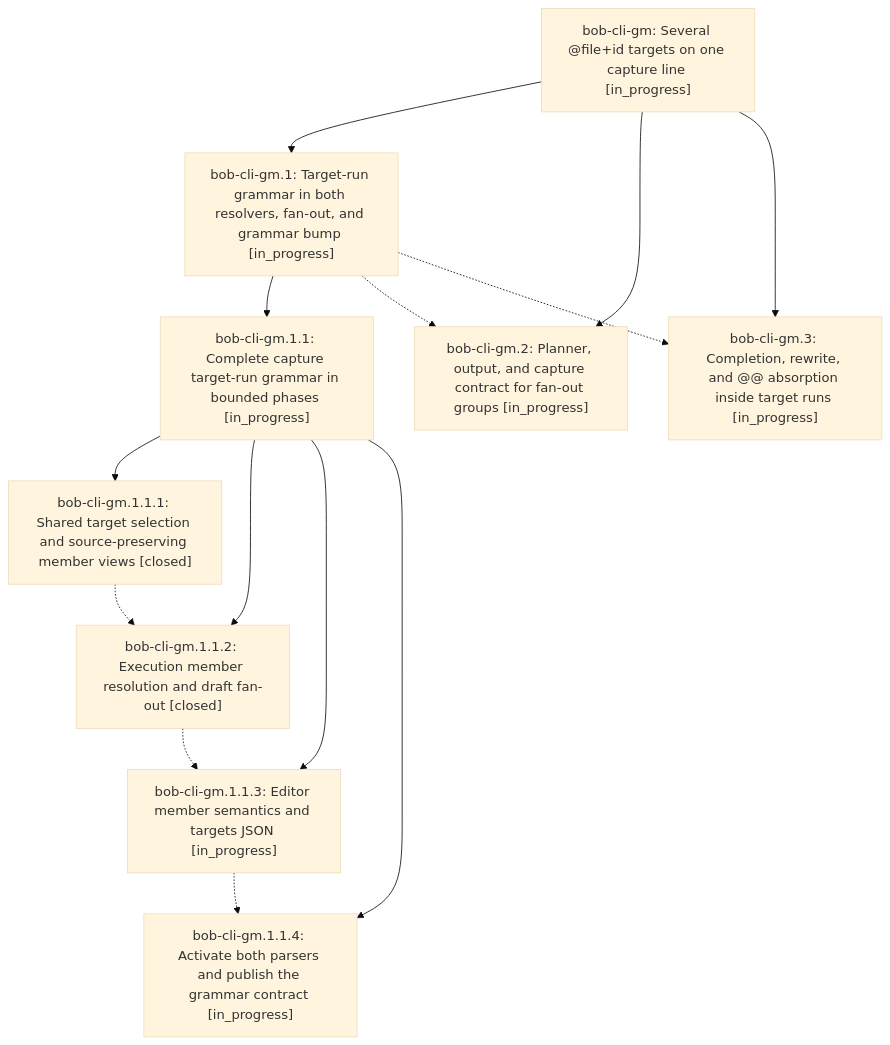
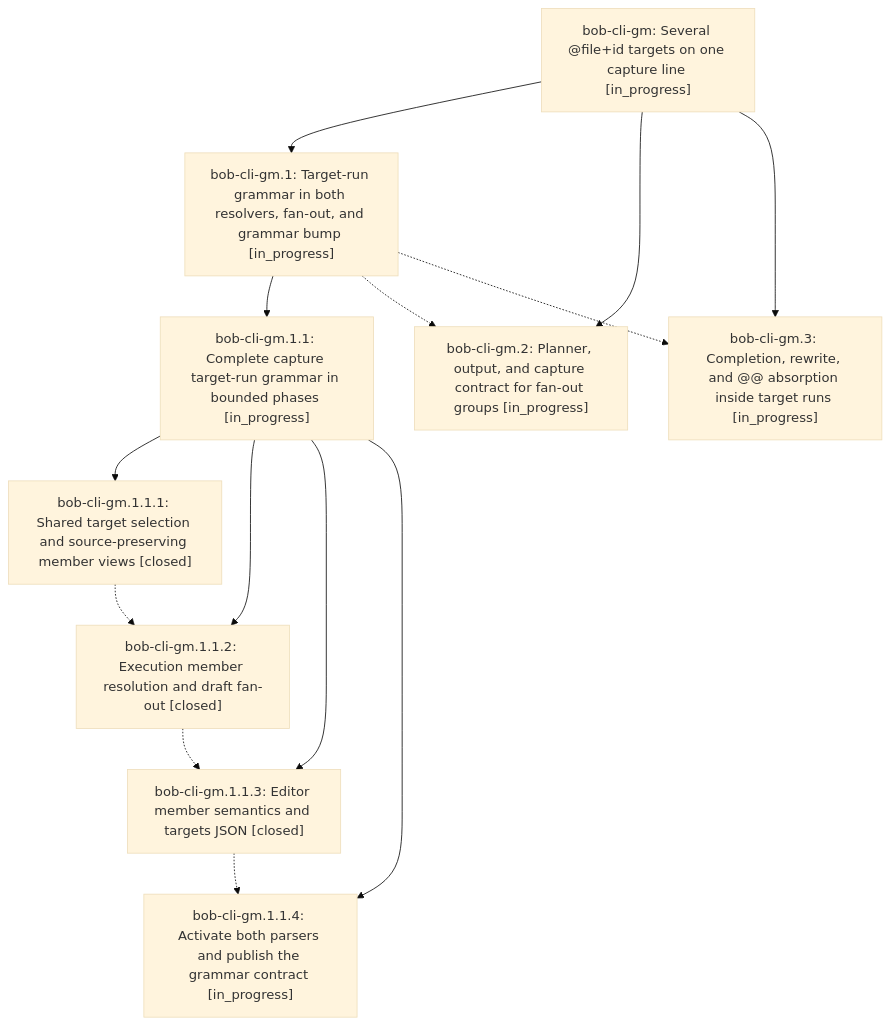
Before and after one commit to bobs-org/bob-cli--beads: the diagram in pages/bob-cli-gm/README.md, drawn with Mermaid (base theme). The commit also changed other lines of this file and 5 other files, not shown here.

First line of the commit message:
chore(beads): sync bead state and pages for bob-cli-gm

````diff
--- a/pages/bob-cli-gm/README.md
+++ b/pages/bob-cli-gm/README.md
@@ -38,25 +38,25 @@
 ```mermaid
 flowchart TD
     n0["bob-cli-gm: Several @file+id targets on one capture line [in_progress]"]
     n1["bob-cli-gm.1: Target-run grammar in both resolvers, fan-out, and grammar bump [in_progress]"]
     n2["bob-cli-gm.1.1: Complete capture target-run grammar in bounded phases [in_progress]"]
     n3["bob-cli-gm.1.1.1: Shared target selection and source-preserving member views [closed]"]
     n4["bob-cli-gm.1.1.2: Execution member resolution and draft fan-out [closed]"]
-    n5["bob-cli-gm.1.1.3: Editor member semantics and targets JSON [in_progress]"]
+    n5["bob-cli-gm.1.1.3: Editor member semantics and targets JSON [closed]"]
     n6["bob-cli-gm.1.1.4: Activate both parsers and publish the grammar contract [in_progress]"]
     n7["bob-cli-gm.2: Planner, output, and capture contract for fan-out groups [in_progress]"]
     n8["bob-cli-gm.3: Completion, rewrite, and @@ absorption inside target runs [in_progress]"]
     n0 --> n1
     n1 --> n2
     n2 --> n3
     n2 --> n4
     n2 --> n5
     n2 --> n6
     n0 --> n7
     n0 --> n8
     n1 -.-> n7
     n1 -.-> n8
     n3 -.-> n4
     n4 -.-> n5
     n5 -.-> n6
 ```
````
